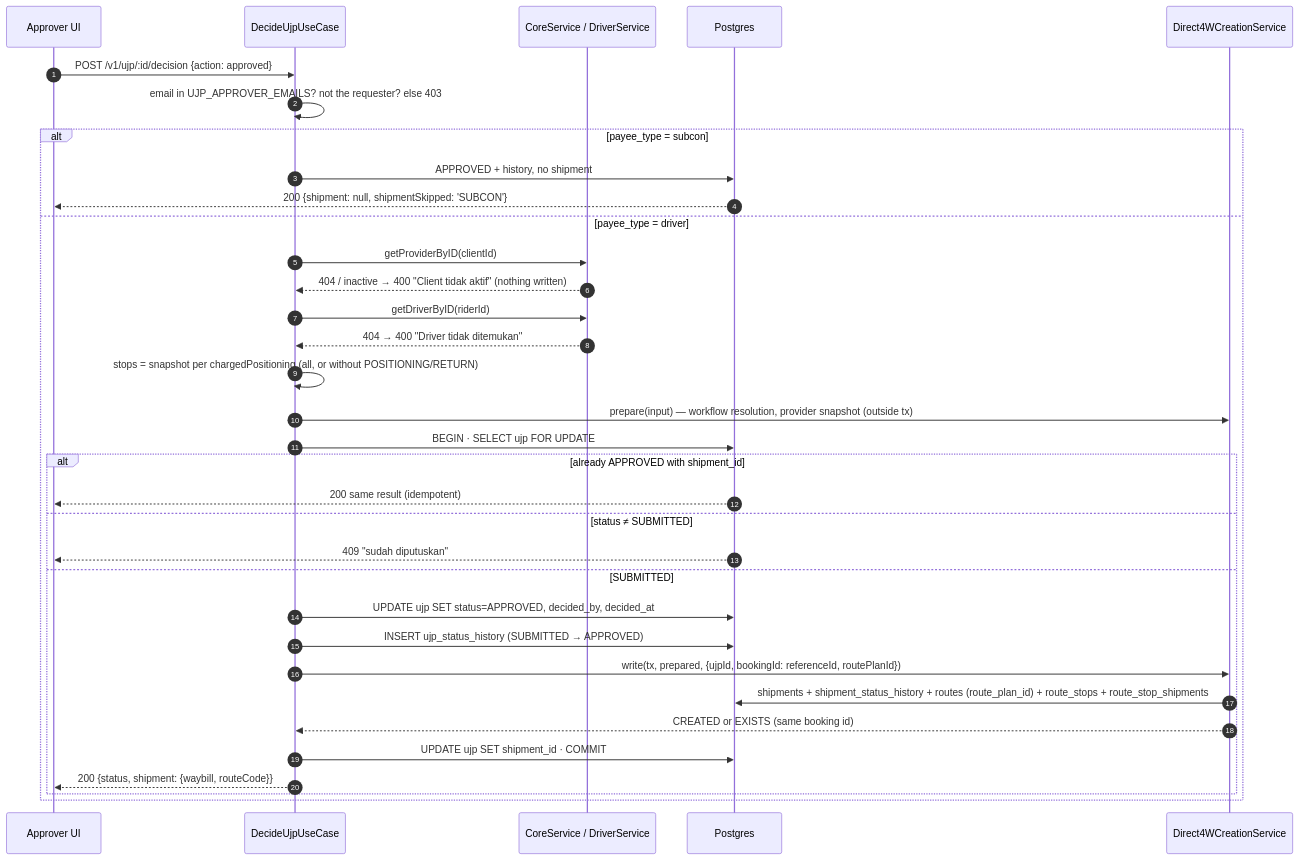
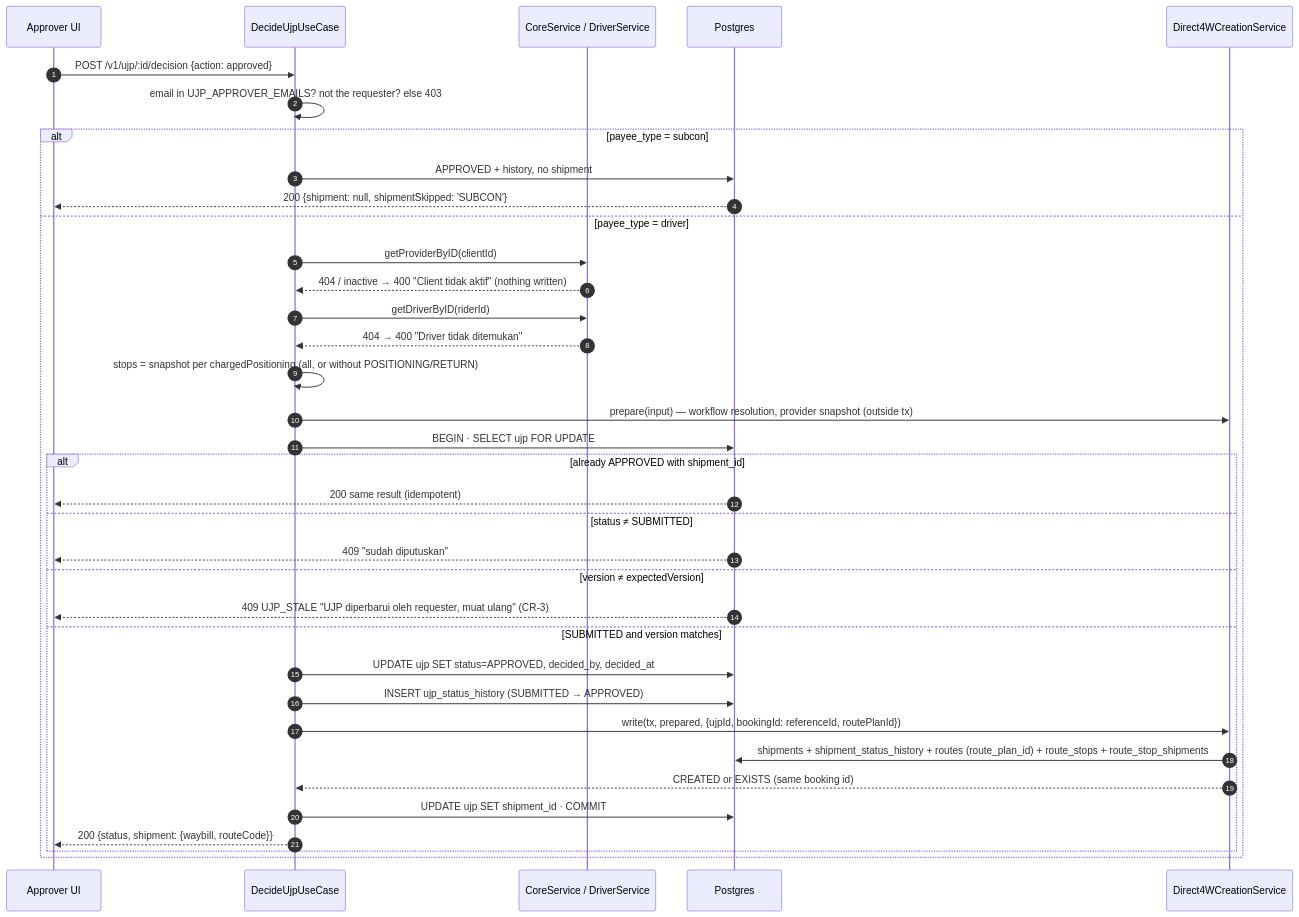
The sixth of 10 diagrams in docs/modules/ujp/ujp-trd-v3.md (dash-electric/logistic-knowledge-vault), drawn with Mermaid before and after one commit. The commit also changed other lines of this file and 2 other files, not shown here.

First line of the commit message:
docs(ujp): CR-3 — requester edits a UJP while Menunggu or Ditolak (PRD/TRD v3 in place, ERD)

````diff
--- a/docs/modules/ujp/ujp-trd-v3.md
+++ b/docs/modules/ujp/ujp-trd-v3.md
@@ -356,36 +365,38 @@
 ```mermaid
 sequenceDiagram
   autonumber
   participant UI as Approver UI
   participant UC as DecideUjpUseCase
   participant EXT as CoreService / DriverService
   participant DB as Postgres
   participant SH as Direct4WCreationService
   UI->>UC: POST /v1/ujp/:id/decision {action: approved}
   UC->>UC: email in UJP_APPROVER_EMAILS? not the requester? else 403
   alt payee_type = subcon
     UC->>DB: APPROVED + history, no shipment
     DB-->>UI: 200 {shipment: null, shipmentSkipped: 'SUBCON'}
   else payee_type = driver
     UC->>EXT: getProviderByID(clientId)
     EXT-->>UC: 404 / inactive → 400 "Client tidak aktif" (nothing written)
     UC->>EXT: getDriverByID(riderId)
     EXT-->>UC: 404 → 400 "Driver tidak ditemukan"
     UC->>UC: stops = snapshot per chargedPositioning (all, or without POSITIONING/RETURN)
     UC->>SH: prepare(input) — workflow resolution, provider snapshot (outside tx)
     UC->>DB: BEGIN · SELECT ujp FOR UPDATE
     alt already APPROVED with shipment_id
       DB-->>UI: 200 same result (idempotent)
     else status ≠ SUBMITTED
       DB-->>UI: 409 "sudah diputuskan"
-    else SUBMITTED
+    else version ≠ expectedVersion
+      DB-->>UI: 409 UJP_STALE "UJP diperbarui oleh requester, muat ulang" (CR-3)
+    else SUBMITTED and version matches
       UC->>DB: UPDATE ujp SET status=APPROVED, decided_by, decided_at
       UC->>DB: INSERT ujp_status_history (SUBMITTED → APPROVED)
       UC->>SH: write(tx, prepared, {ujpId, bookingId: referenceId, routePlanId})
       SH->>DB: shipments + shipment_status_history + routes (route_plan_id) + route_stops + route_stop_shipments
       SH-->>UC: CREATED or EXISTS (same booking id)
       UC->>DB: UPDATE ujp SET shipment_id · COMMIT
       UC-->>UI: 200 {status, shipment: {waybill, routeCode}}
     end
   end
 ```
````
